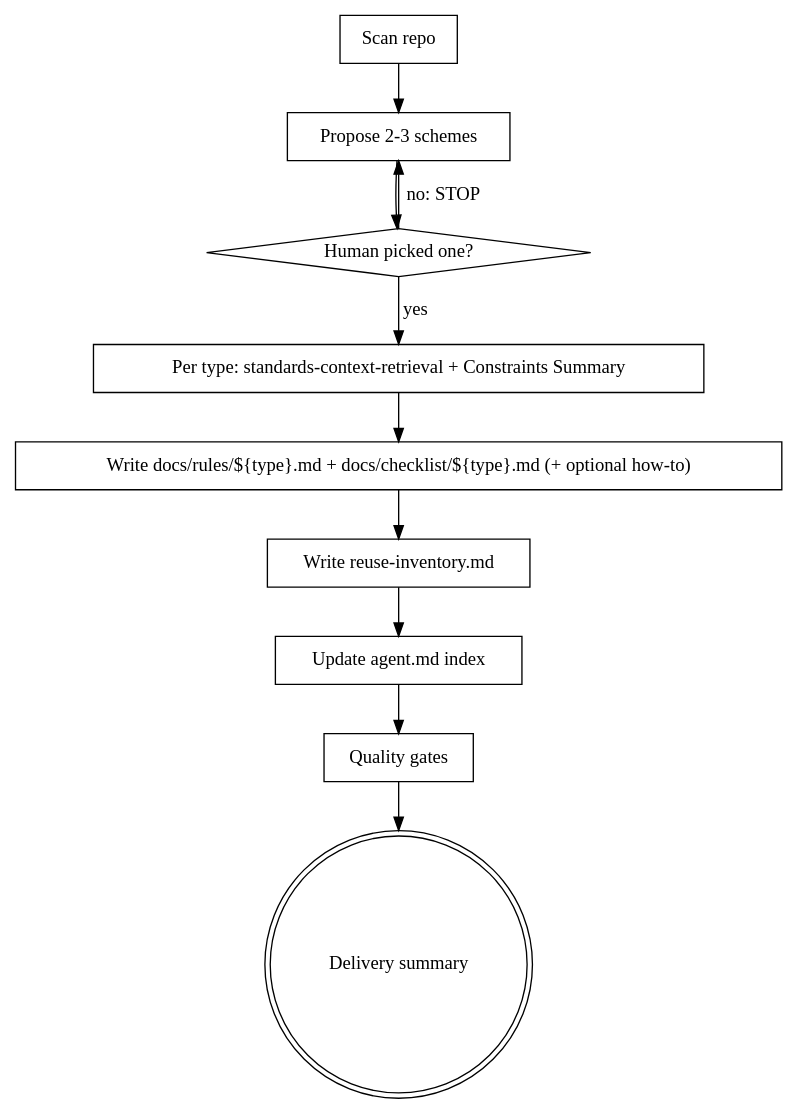
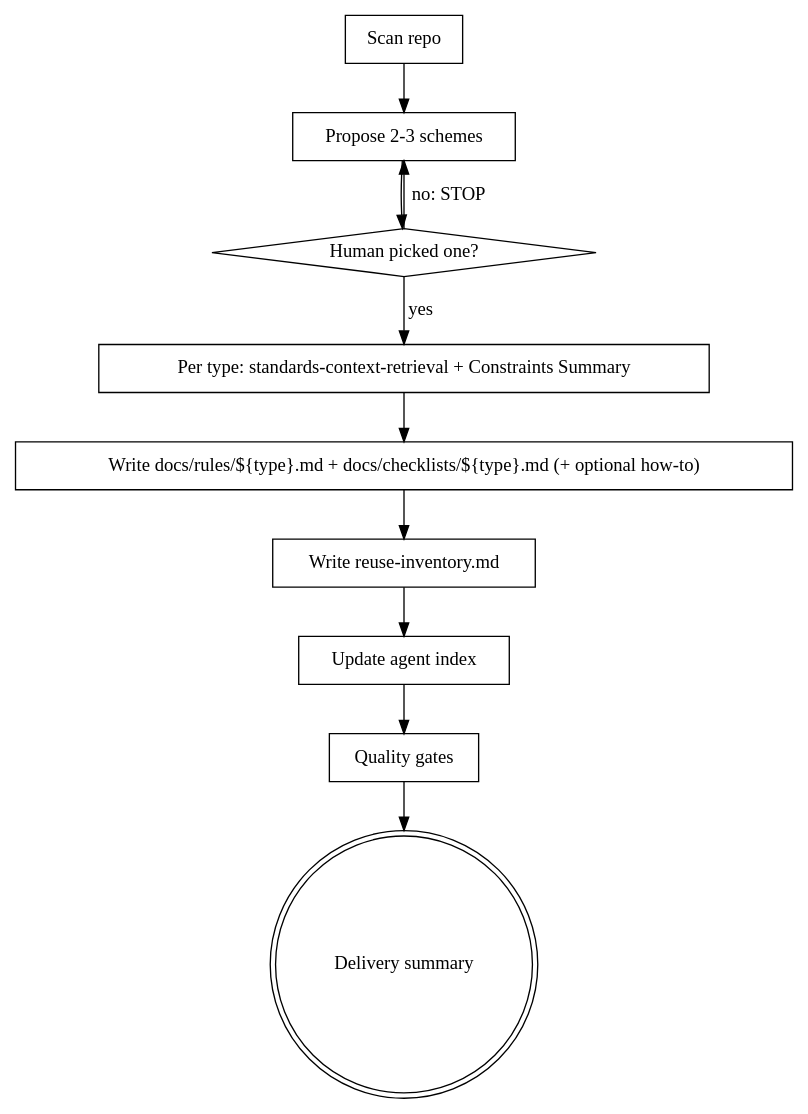
One commit to vrxubo/superpowers changed the diagram in skills/project-standards-authoring/SKILL.md. Above: the diagram before and after it, drawn with Graphviz. The commit also changed other lines of this file and 13 other files, not shown here.

````diff
--- a/skills/project-standards-authoring/SKILL.md
+++ b/skills/project-standards-authoring/SKILL.md
@@ -157,23 +171,23 @@
 ```dot
 digraph project_standards_authoring {
     "Scan repo" [shape=box];
     "Propose 2-3 schemes" [shape=box];
     "Human picked one?" [shape=diamond];
     "Per type: standards-context-retrieval + Constraints Summary" [shape=box];
-    "Write docs/rules/${type}.md + docs/checklist/${type}.md (+ optional how-to)" [shape=box];
+    "Write docs/rules/${type}.md + docs/checklists/${type}.md (+ optional how-to)" [shape=box];
     "Write reuse-inventory.md" [shape=box];
-    "Update agent.md index" [shape=box];
+    "Update agent index" [shape=box];
     "Quality gates" [shape=box];
     "Delivery summary" [shape=doublecircle];
 
     "Scan repo" -> "Propose 2-3 schemes";
     "Propose 2-3 schemes" -> "Human picked one?";
     "Human picked one?" -> "Propose 2-3 schemes" [label="no: STOP"];
     "Human picked one?" -> "Per type: standards-context-retrieval + Constraints Summary" [label="yes"];
-    "Per type: standards-context-retrieval + Constraints Summary" -> "Write docs/rules/${type}.md + docs/checklist/${type}.md (+ optional how-to)";
-    "Write docs/rules/${type}.md + docs/checklist/${type}.md (+ optional how-to)" -> "Write reuse-inventory.md";
-    "Write reuse-inventory.md" -> "Update agent.md index";
-    "Update agent.md index" -> "Quality gates";
+    "Per type: standards-context-retrieval + Constraints Summary" -> "Write docs/rules/${type}.md + docs/checklists/${type}.md (+ optional how-to)";
+    "Write docs/rules/${type}.md + docs/checklists/${type}.md (+ optional how-to)" -> "Write reuse-inventory.md";
+    "Write reuse-inventory.md" -> "Update agent index";
+    "Update agent index" -> "Quality gates";
     "Quality gates" -> "Delivery summary";
 }
 ```
````
